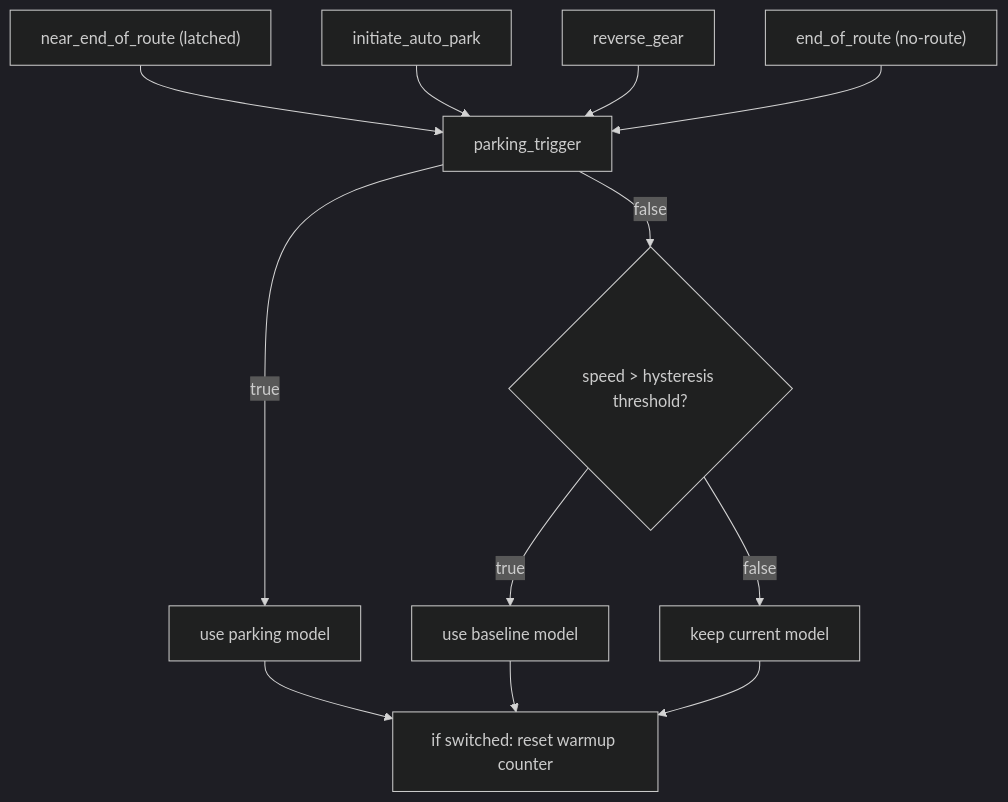
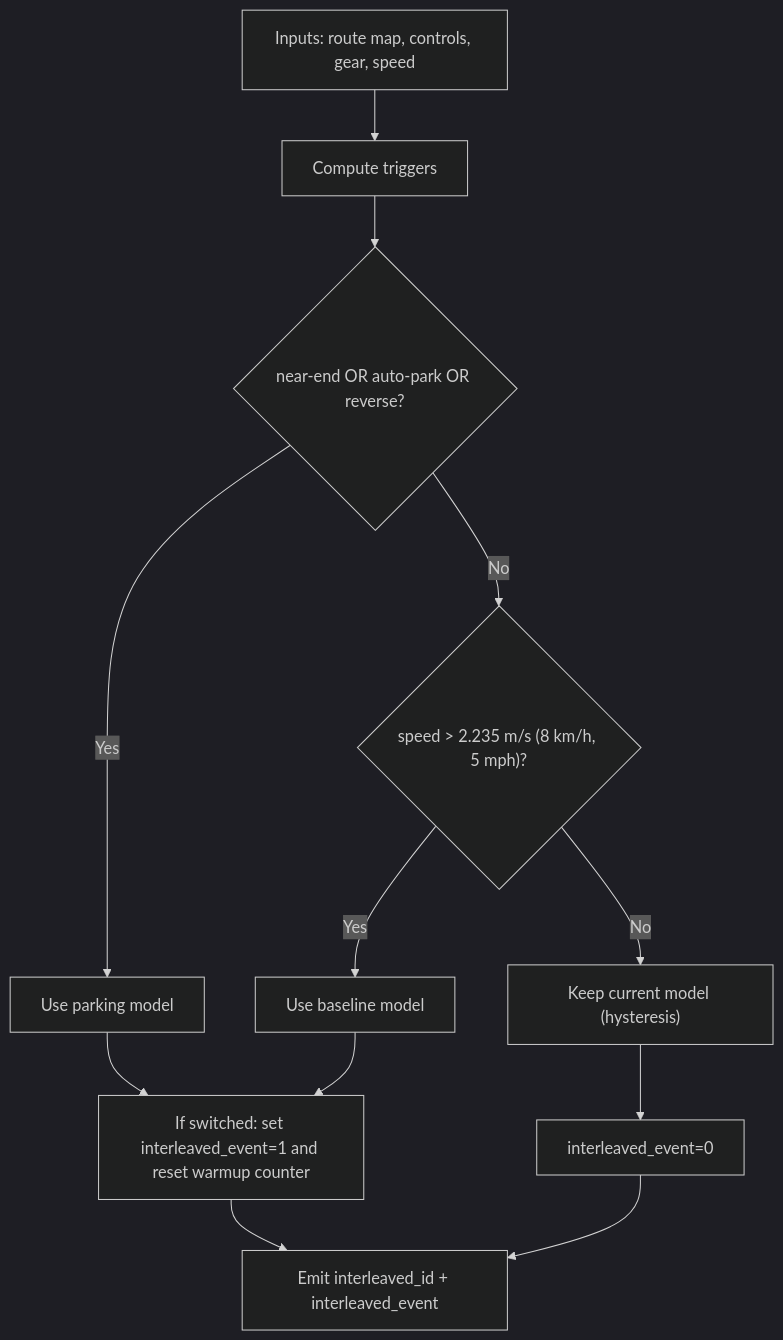
The second of 3 diagrams in projects/interleaving-models-in-parking-deployment-wrapper.md (borisindelman-oss/vault), drawn with Mermaid (dark theme) before and after one commit. The commit also changed other lines of this file, not shown here.

````diff
--- a/projects/interleaving-models-in-parking-deployment-wrapper.md
+++ b/projects/interleaving-models-in-parking-deployment-wrapper.md
@@ -54,14 +117,14 @@
 ```mermaid
 flowchart TD
-    A["near_end_of_route (latched)"] --> E["parking_trigger"]
-    B["initiate_auto_park"] --> E
-    C["reverse_gear"] --> E
-    D["end_of_route (no-route)"] --> E
-    E -->|true| F["use parking model"]
-    E -->|false| G{"speed > hysteresis threshold?"}
-    G -->|true| H["use baseline model"]
-    G -->|false| I["keep current model"]
-    F --> J["if switched: reset warmup counter"]
-    H --> J
+    A["Inputs: route map, controls, gear, speed"] --> B["Compute triggers"]
+    B --> C{"near-end OR auto-park OR reverse?"}
+    C -->|Yes| D["Use parking model"]
+    C -->|No| E{"speed > 2.235 m/s (8 km/h, 5 mph)?"}
+    E -->|Yes| F["Use baseline model"]
+    E -->|No| G["Keep current model (hysteresis)"]
+    D --> H["If switched: set interleaved_event=1 and reset warmup counter"]
+    F --> H
+    G --> I["interleaved_event=0"]
+    H --> J["Emit interleaved_id + interleaved_event"]
     I --> J
 ```
````
